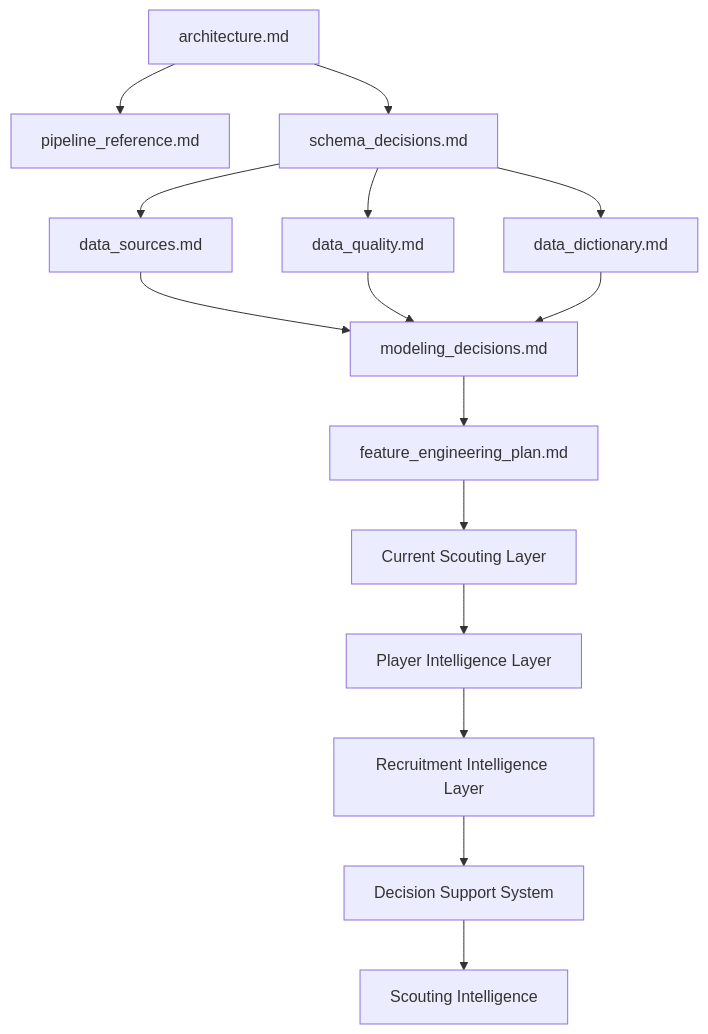
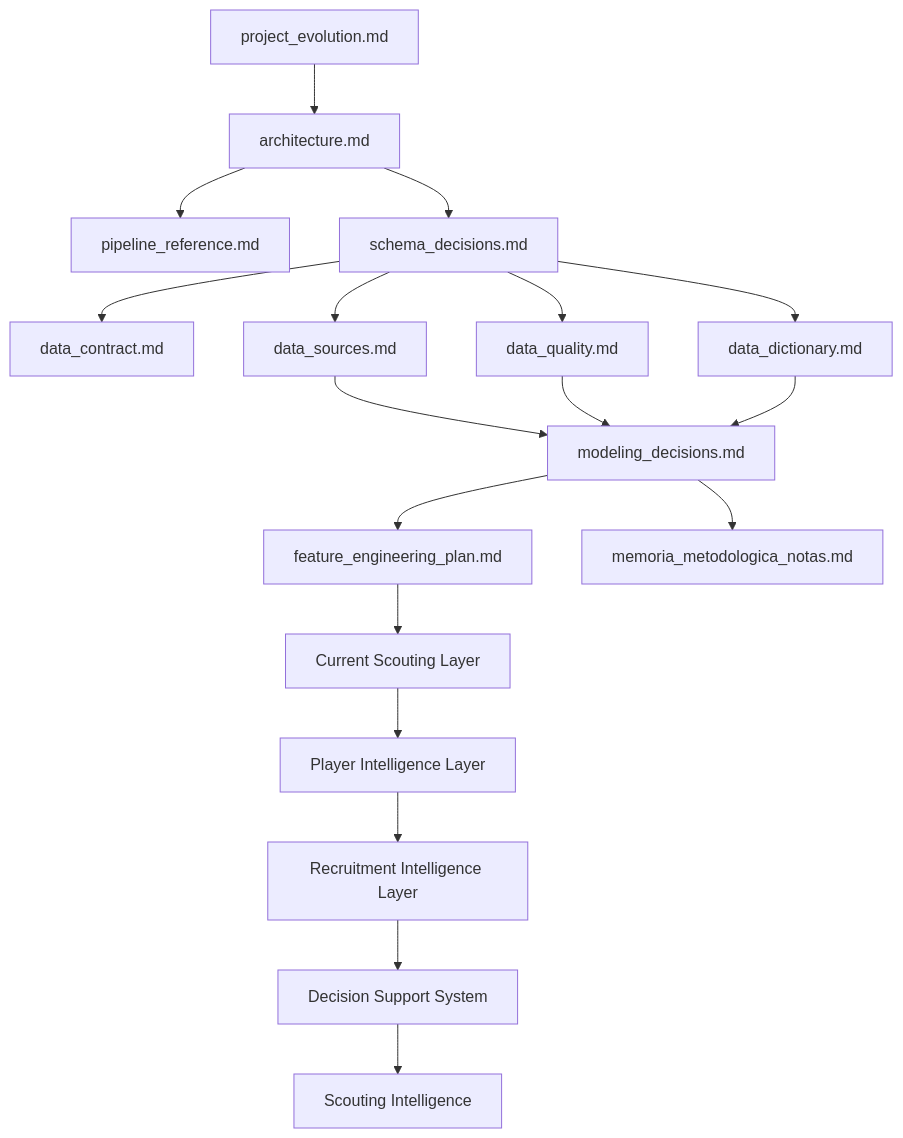
The diagram in docs/README.md (manuelpeba/market-value-football-tfm), drawn with Mermaid before and after one commit. The commit also changed other lines of this file and 12 other files, not shown here.

Commit message:
docs: align project documentation with DSS v2 architecture

````diff
--- a/docs/README.md
+++ b/docs/README.md
@@ -234,28 +296,35 @@
 ```mermaid
 flowchart TD
 
-A[architecture.md]
+A[project_evolution.md]
+--> B0[architecture.md]
+
+B0
 --> B[pipeline_reference.md]
 
-A --> C[schema_decisions.md]
+B0 --> C[schema_decisions.md]
+
+C --> C2[data_contract.md]
 
 C --> D[data_sources.md]
 C --> E[data_quality.md]
 C --> F[data_dictionary.md]
 
 D --> G[modeling_decisions.md]
 E --> G
 F --> G
 
 G --> H[feature_engineering_plan.md]
 
+G --> N[memoria_metodologica_notas.md]
+
 H --> I[Current Scouting Layer]
 
 I --> J[Player Intelligence Layer]
 
 J --> K[Recruitment Intelligence Layer]
 
 K --> L[Decision Support System]
 
 L --> M[Scouting Intelligence]
 ```
````
